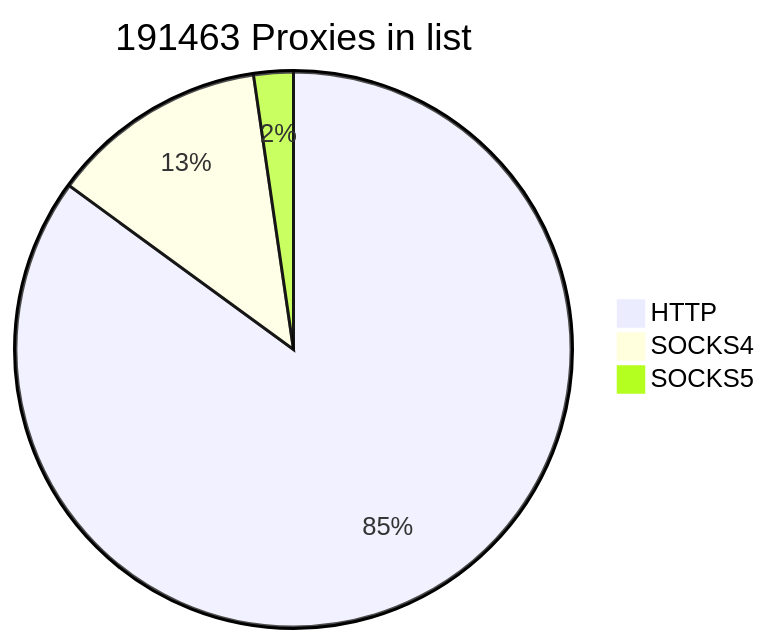
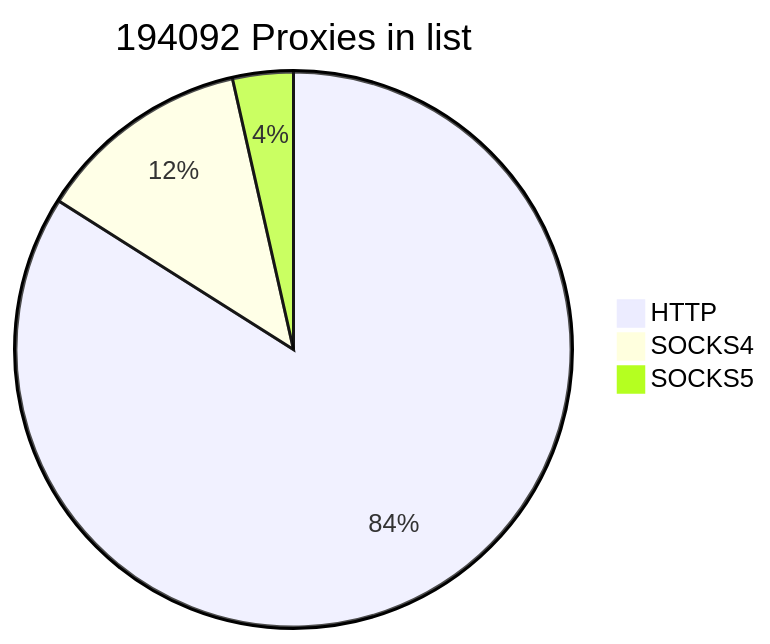
One commit to cutipu/proxylist changed the first of 2 diagrams in README.md. Above: the diagram before and after it, drawn with Mermaid. The commit also changed other lines of this file, not shown here.

````diff
--- a/README.md
+++ b/README.md
@@ -2,7 +2,7 @@
 ```mermaid
-pie title 191463 Proxies in list
-    "HTTP" : 162824
-    "SOCKS4" : 24228
-    "SOCKS5" : 4411
+pie title 194092 Proxies in list
+    "HTTP" : 162994
+    "SOCKS4" : 24251
+    "SOCKS5" : 6847
             
 ```
````
